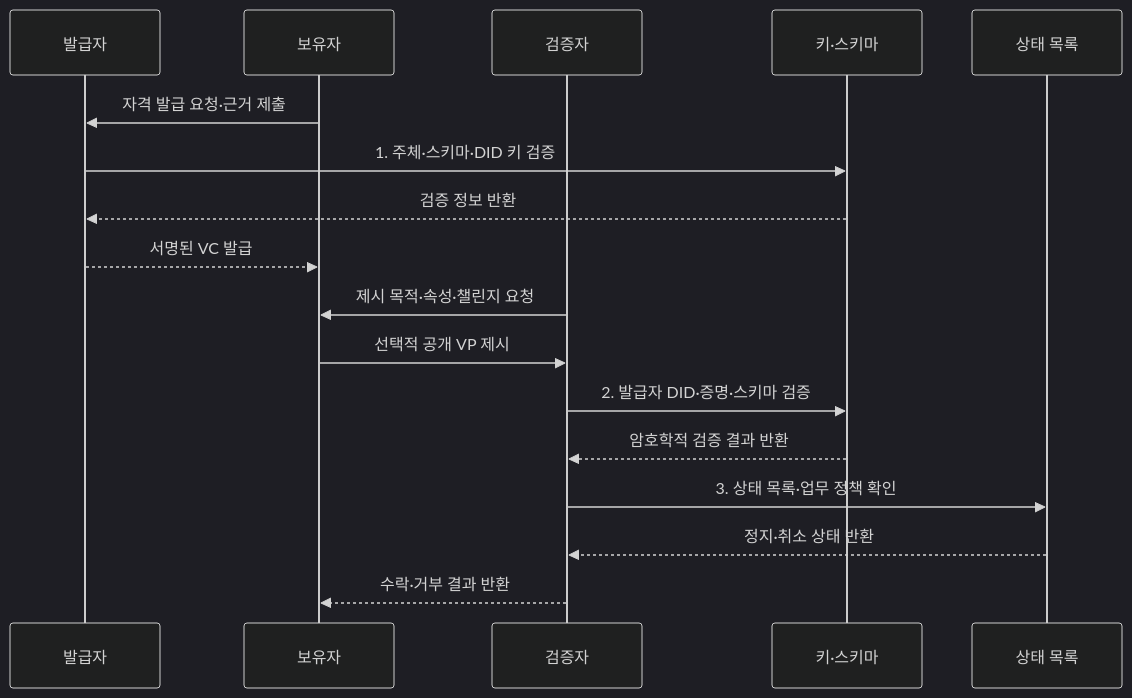
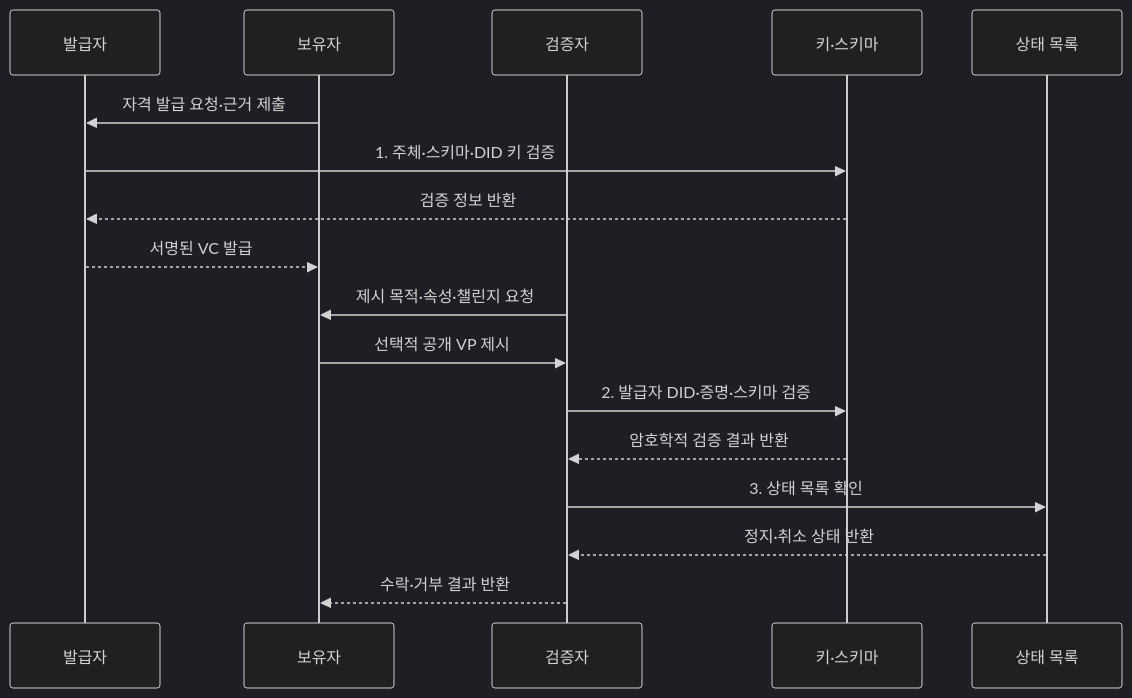
The second of 2 diagrams in src/content/docs/notes/08-latest-tech/221_verifiable_credential.md (agnusdei1207/knowledge-base), drawn with Mermaid (dark theme) before and after one commit. The commit also changed other lines of this file and 6 other files, not shown here.

````diff
--- a/src/content/docs/notes/08-latest-tech/221_verifiable_credential.md
+++ b/src/content/docs/notes/08-latest-tech/221_verifiable_credential.md
@@ -77,19 +77,19 @@
 ```mermaid
 sequenceDiagram
   participant I as 발급자
   participant H as 보유자
   participant V as 검증자
   participant K as 키·스키마
   participant S as 상태 목록
   H->>I: 자격 발급 요청·근거 제출
   I->>K: 1. 주체·스키마·DID 키 검증
   K-->>I: 검증 정보 반환
   I-->>H: 서명된 VC 발급
   V->>H: 제시 목적·속성·챌린지 요청
   H->>V: 선택적 공개 VP 제시
   V->>K: 2. 발급자 DID·증명·스키마 검증
   K-->>V: 암호학적 검증 결과 반환
-  V->>S: 3. 상태 목록·업무 정책 확인
+  V->>S: 3. 상태 목록 확인
   S-->>V: 정지·취소 상태 반환
   V-->>H: 수락·거부 결과 반환
 ```
````
